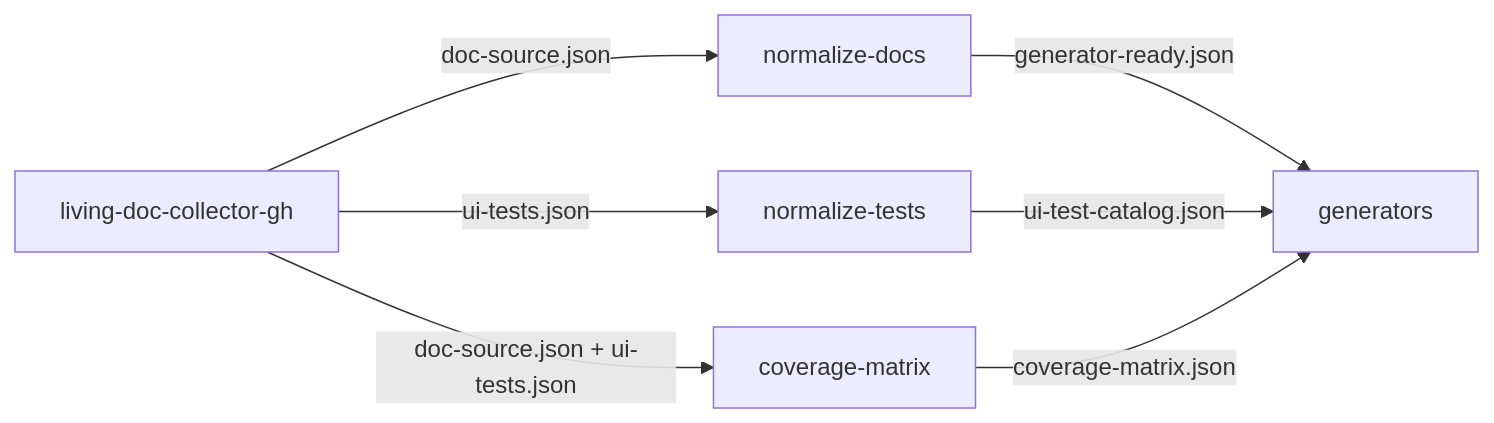
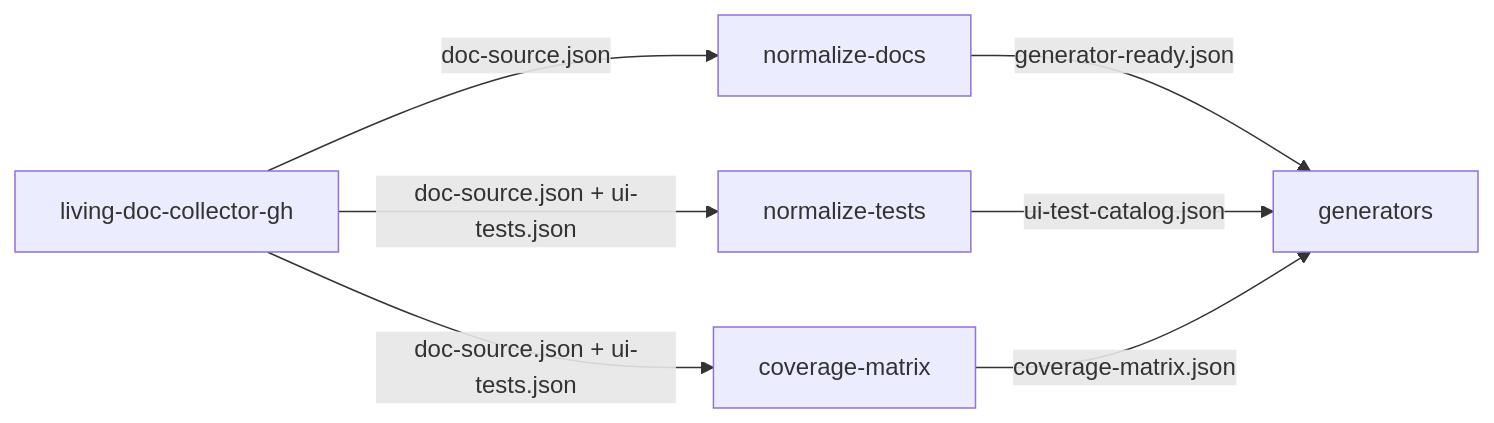
One commit to AbsaOSS/living-doc-toolkit changed the diagram in CONTEXT.md. Above: the diagram before and after it, drawn with Mermaid. The commit also changed other lines of this file and 48 other files, not shown here.

````diff
--- a/CONTEXT.md
+++ b/CONTEXT.md
@@ -39,9 +39,9 @@
 ```mermaid
 flowchart LR
   C[living-doc-collector-gh] -->|doc-source.json| ND[normalize-docs]
-  C -->|ui-tests.json| NT[normalize-tests]
+  C -->|doc-source.json + ui-tests.json| NT[normalize-tests]
   C -->|doc-source.json + ui-tests.json| CM[coverage-matrix]
   ND -->|generator-ready.json| G[generators]
   NT -->|ui-test-catalog.json| G
   CM -->|coverage-matrix.json| G
 ```
````
